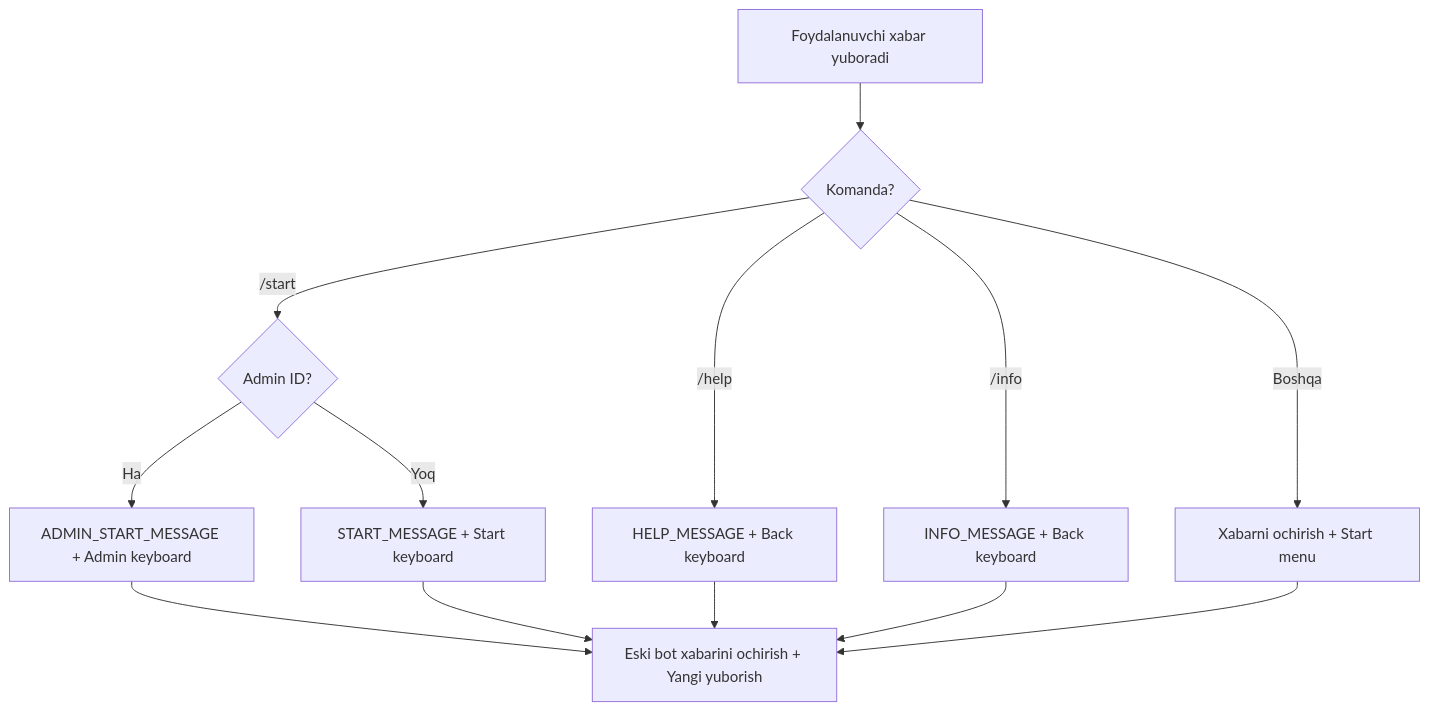
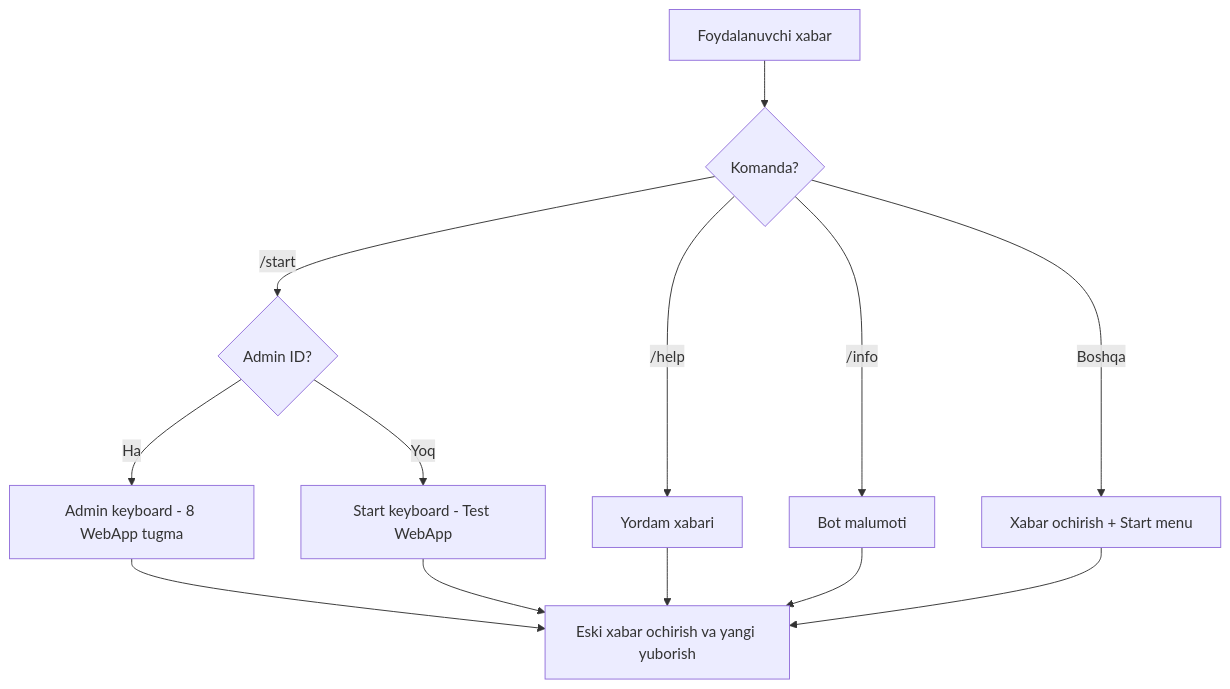
One commit to khismoiloff/BrpAvtoTest changed diagram 15 of 16 in README.md. Above: the diagram before and after it, drawn with Mermaid. The commit also changed other lines of this file, not shown here.

````diff
--- a/README.md
+++ b/README.md
@@ -785,19 +829,19 @@
 ```mermaid
 %%{init: {'theme': 'default'}}%%
 flowchart TD
-    A[Foydalanuvchi xabar yuboradi] --> B{Komanda?}
-    
+    A[Foydalanuvchi xabar] --> B{Komanda?}
+
     B -->|/start| C{Admin ID?}
-    C -->|Ha| D[ADMIN_START_MESSAGE + Admin keyboard]
-    C -->|Yoq| E[START_MESSAGE + Start keyboard]
-    
-    B -->|/help| F[HELP_MESSAGE + Back keyboard]
-    B -->|/info| G[INFO_MESSAGE + Back keyboard]
-    B -->|Boshqa| H[Xabarni ochirish + Start menu]
-    
-    D --> I[Eski bot xabarini ochirish + Yangi yuborish]
+    C -->|Ha| D[Admin keyboard - 8 WebApp tugma]
+    C -->|Yoq| E[Start keyboard - Test WebApp]
+
+    B -->|/help| F[Yordam xabari]
+    B -->|/info| G[Bot malumoti]
+    B -->|Boshqa| H[Xabar ochirish + Start menu]
+
+    D --> I[Eski xabar ochirish va yangi yuborish]
     E --> I
     F --> I
     G --> I
     H --> I
 ```
````
